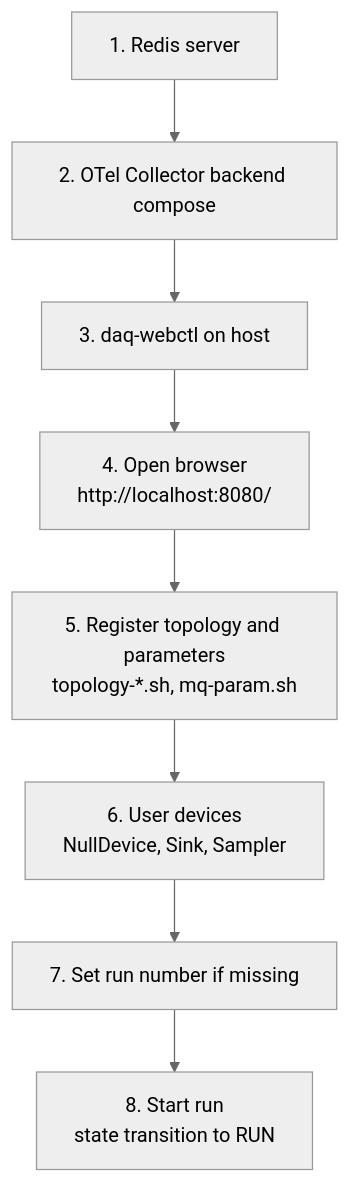
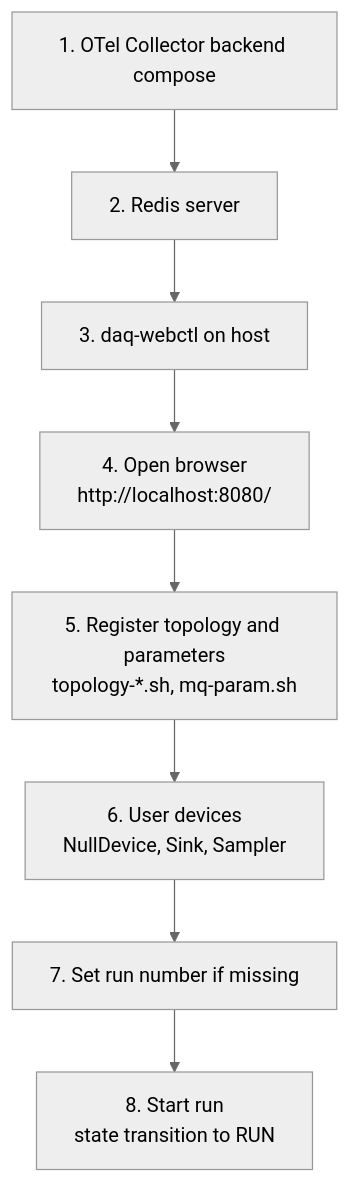
The first of 2 diagrams in examples/README.md (tntakahashi/nestdaq), drawn with Mermaid (neutral theme) before and after one commit. The commit also changed other lines of this file, not shown here.

````diff
--- a/examples/README.md
+++ b/examples/README.md
@@ -65,14 +65,14 @@
 ```mermaid
 flowchart TD
-  Redis[1. Redis server]
-  Otel[2. OTel Collector backend compose]
+  Otel[1. OTel Collector backend compose]
+  Redis[2. Redis server]
   WebCtl[3. daq-webctl on host]
   Browser[4. Open browser<br/>http://localhost:8080/]
   Config[5. Register topology and parameters<br/>topology-*.sh, mq-param.sh]
   UserDevices[6. User devices<br/>NullDevice, Sink, Sampler]
   RunNumber[7. Set run number if missing]
   StartRun[8. Start run<br/>state transition to RUN]
 
-  Redis --> Otel --> WebCtl --> Browser --> Config --> UserDevices --> RunNumber
+  Otel --> Redis --> WebCtl --> Browser --> Config --> UserDevices --> RunNumber
   RunNumber --> StartRun
 ```
````
